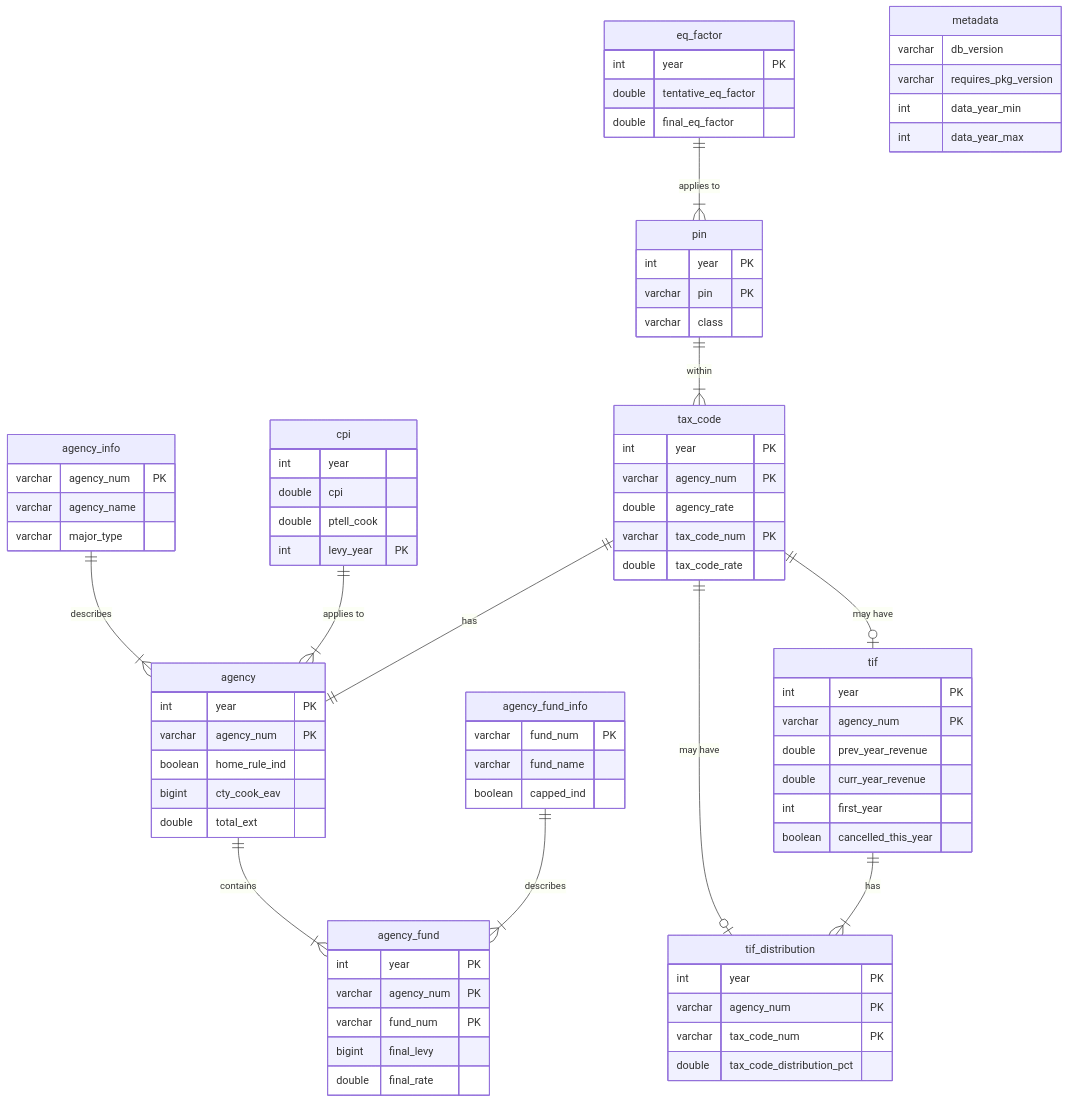
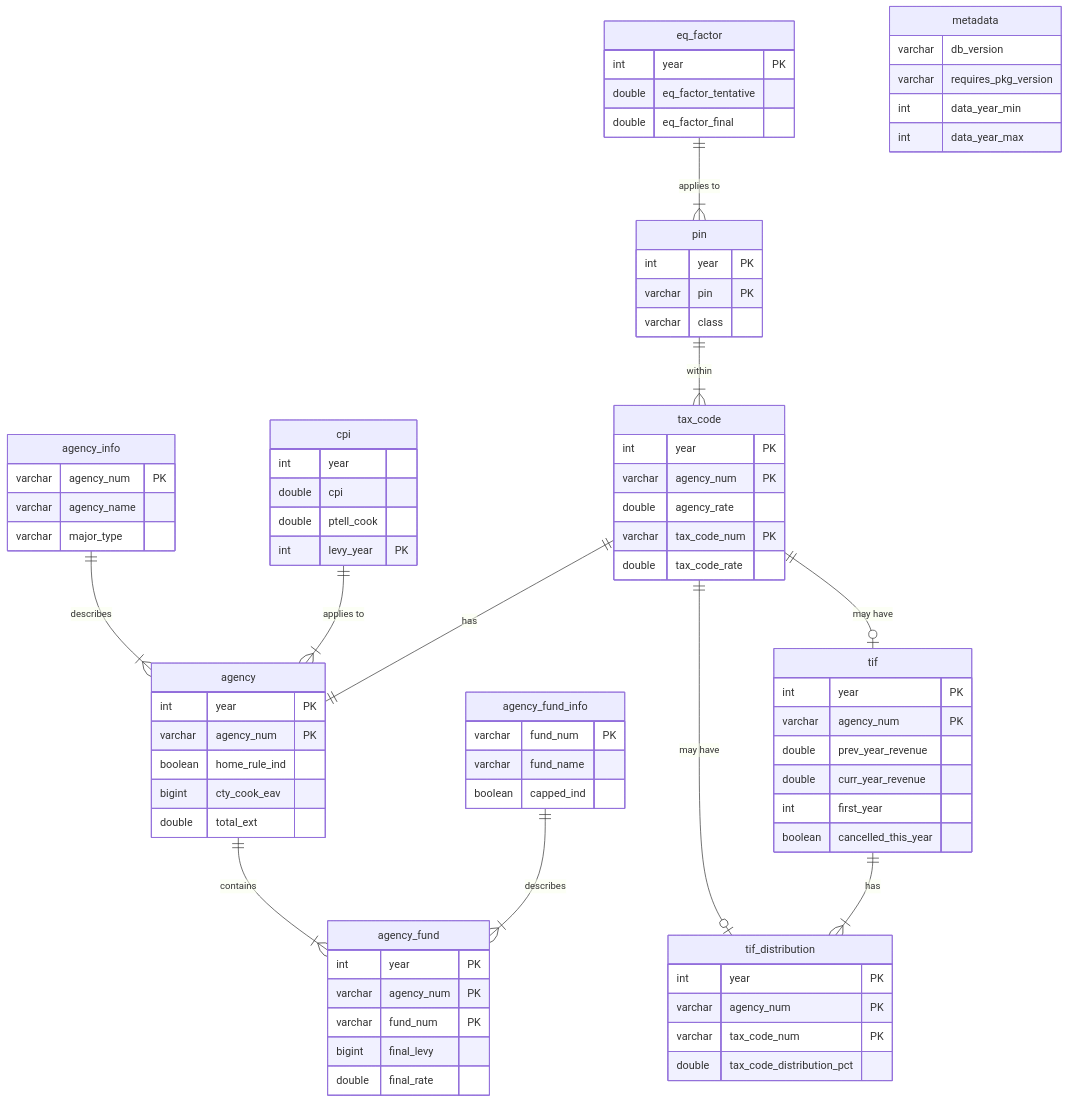
Before and after one commit to ccao-data/ptaxsim: the second of 2 diagrams in README.Rmd, drawn with Mermaid. The commit also changed other lines of this file and 1 other file, not shown here.

Commit message:
Update README links and ERDs

```diff
--- a/README.Rmd
+++ b/README.Rmd
@@ -428,8 +428,8 @@
 
   eq_factor {
     int     year               PK
-    double  tentative_eq_factor
-    double  final_eq_factor
+    double  eq_factor_tentative
+    double  eq_factor_final
   }
   
   metadata {
```
